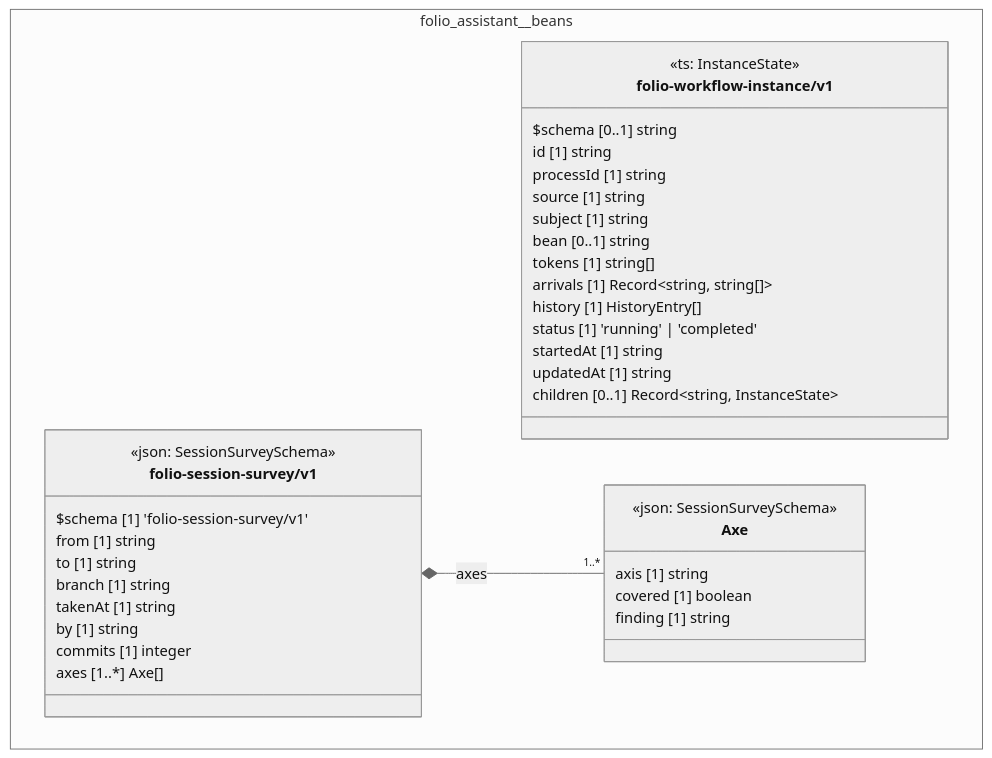
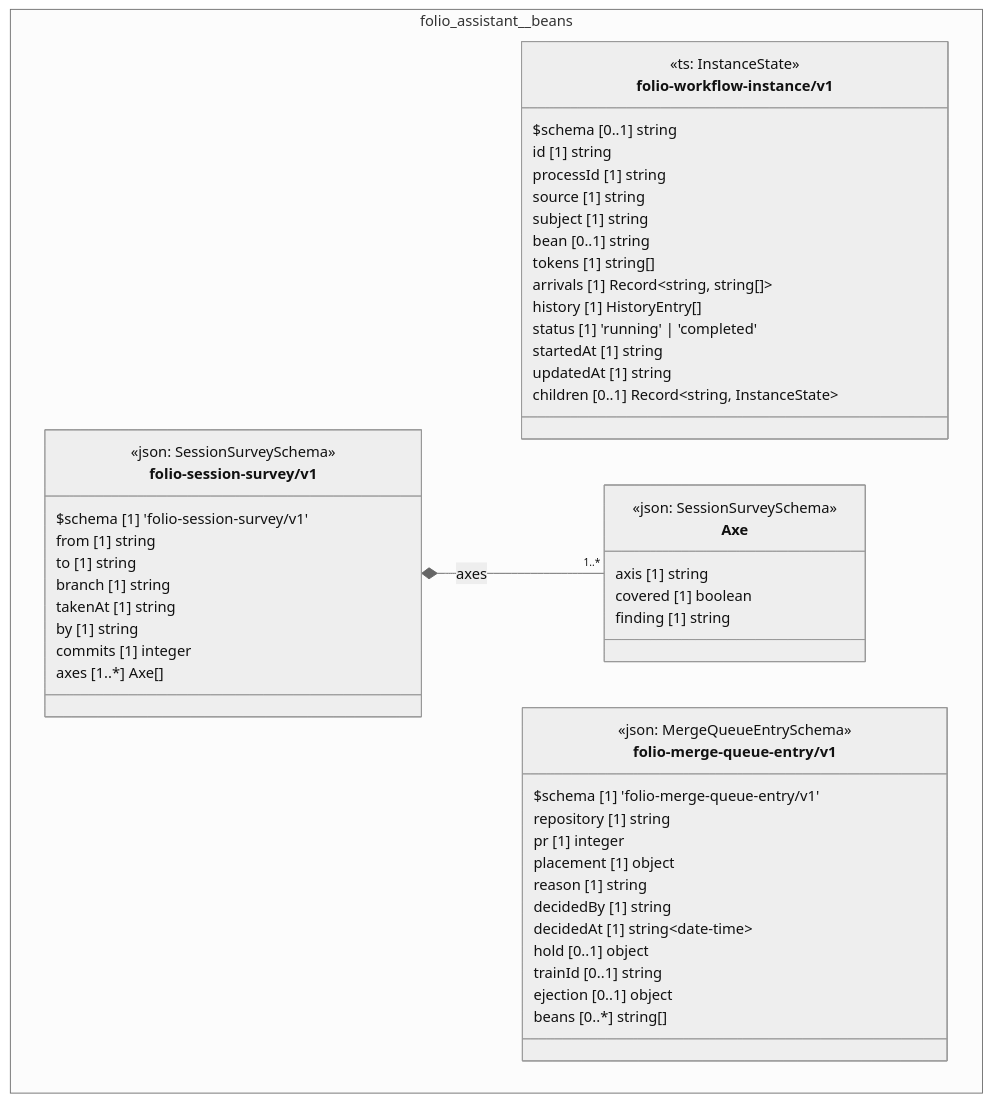
One commit to litlfred/folio-assistant changed the diagram in cat-harness/uml/overview/folio-assistant/beans.mmd. Above: the diagram before and after it, drawn with Mermaid (neutral theme). The commit also changed 10 other files, not shown here.

First line of the commit message:
gen-uml-overview: draw a piped validator by its output shape; regenerate the overview

```diff
--- a/cat-harness/uml/overview/folio-assistant/beans.mmd
+++ b/cat-harness/uml/overview/folio-assistant/beans.mmd
@@ -1,41 +1,56 @@
 classDiagram
   direction TB
   namespace folio_assistant__beans {
     class folio_assistant_beans_folio_workflow_instance_v1["folio-workflow-instance/v1"] {
       <<ts: InstanceState>>
       $schema [0..1] string
       id [1] string
       processId [1] string
       source [1] string
       subject [1] string
       bean [0..1] string
       tokens [1] string[]
       arrivals [1] Record~string, string[]~
       history [1] HistoryEntry[]
       status [1] 'running' | 'completed'
       startedAt [1] string
       updatedAt [1] string
       children [0..1] Record~string, InstanceState~
     }
     class folio_assistant_beans_folio_session_survey_v1_Axe["Axe"] {
       <<json: SessionSurveySchema>>
       axis [1] string
       covered [1] boolean
       finding [1] string
     }
     class folio_assistant_beans_folio_session_survey_v1_folio_session_survey_v1["folio-session-survey/v1"] {
       <<json: SessionSurveySchema>>
       $schema [1] 'folio-session-survey/v1'
       from [1] string
       to [1] string
       branch [1] string
       takenAt [1] string
       by [1] string
       commits [1] integer
       axes [1..*] Axe[]
     }
+    class folio_assistant_beans_folio_merge_queue_entry_v1_folio_merge_queue_entry_v1["folio-merge-queue-entry/v1"] {
+      <<json: MergeQueueEntrySchema>>
+      $schema [1] 'folio-merge-queue-entry/v1'
+      repository [1] string
+      pr [1] integer
+      placement [1] object
+      reason [1] string
+      decidedBy [1] string
+      decidedAt [1] string~date-time~
+      hold [0..1] object
+      trainId [0..1] string
+      ejection [0..1] object
+      beans [0..*] string[]
+    }
   }
   folio_assistant_beans_folio_session_survey_v1_folio_session_survey_v1 *-- "1..*" folio_assistant_beans_folio_session_survey_v1_Axe : axes
   cssClass "folio_assistant_beans_folio_workflow_instance_v1" fa_uml_kind_beans
   cssClass "folio_assistant_beans_folio_session_survey_v1_Axe" fa_uml_kind_beans
   cssClass "folio_assistant_beans_folio_session_survey_v1_folio_session_survey_v1" fa_uml_kind_beans
+  cssClass "folio_assistant_beans_folio_merge_queue_entry_v1_folio_merge_queue_entry_v1" fa_uml_kind_beans
```
